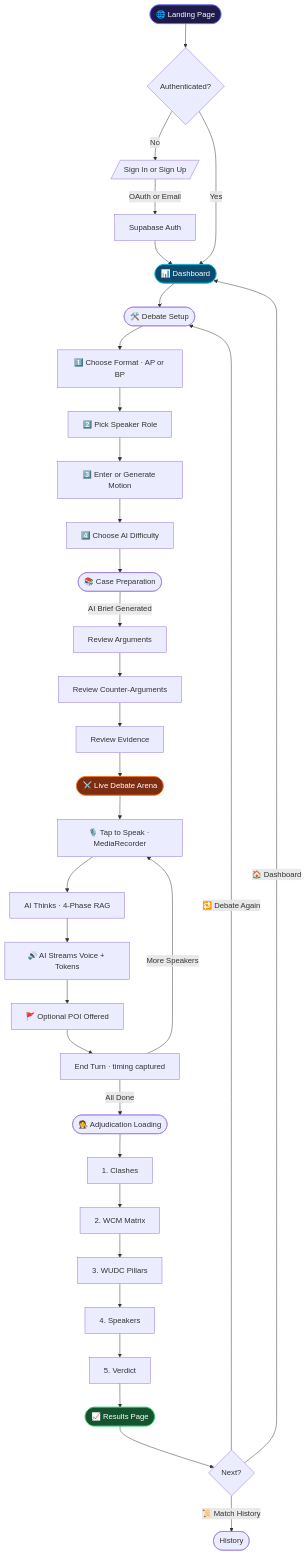
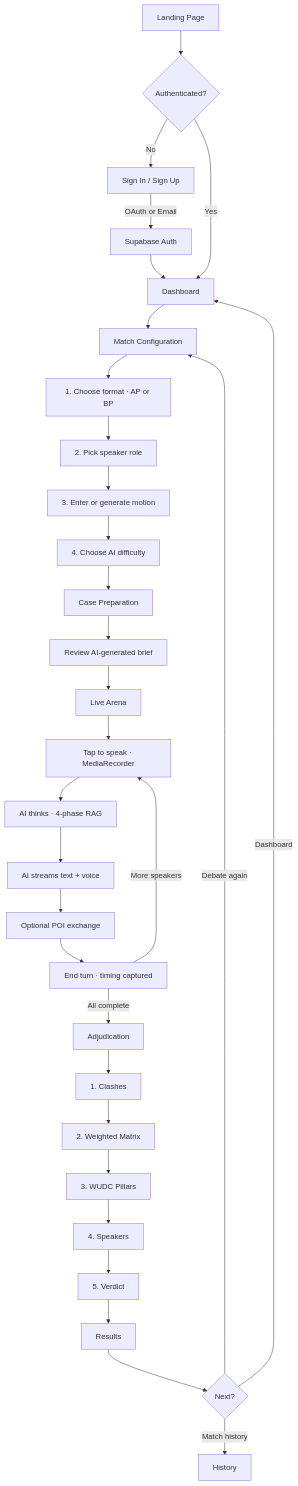
The second of 4 diagrams in README.md (Mahakisore7/Agora-Frontend), drawn with Mermaid before and after one commit. The commit also changed other lines of this file, not shown here.

````diff
--- a/README.md
+++ b/README.md
@@ -200,40 +195,33 @@
 ```mermaid
 flowchart TD
-    A([🌐 Landing Page]) --> B{Authenticated?}
-    B -->|No| C[/Sign In or Sign Up/]
+    A[Landing Page] --> B{Authenticated?}
+    B -->|No| C[Sign In / Sign Up]
     C -->|OAuth or Email| D[Supabase Auth]
-    D --> E([📊 Dashboard])
+    D --> E[Dashboard]
     B -->|Yes| E
-    E --> F([🛠️ Debate Setup])
-    F --> F1[1️⃣ Choose Format · AP or BP]
-    F1 --> F2[2️⃣ Pick Speaker Role]
-    F2 --> F3[3️⃣ Enter or Generate Motion]
-    F3 --> F4[4️⃣ Choose AI Difficulty]
-    F4 --> G([📚 Case Preparation])
-    G -->|AI Brief Generated| G1[Review Arguments]
-    G1 --> G2[Review Counter-Arguments]
-    G2 --> G3[Review Evidence]
-    G3 --> H([⚔️ Live Debate Arena])
-    H --> H1[🎙️ Tap to Speak · MediaRecorder]
-    H1 --> H2[AI Thinks · 4-Phase RAG]
-    H2 --> H3[🔊 AI Streams Voice + Tokens]
-    H3 --> H4[🚩 Optional POI Offered]
-    H4 --> H5[End Turn · timing captured]
-    H5 -->|More Speakers| H1
-    H5 -->|All Done| I([🧑‍⚖️ Adjudication Loading])
+    E --> F[Match Configuration]
+    F --> F1[1. Choose format · AP or BP]
+    F1 --> F2[2. Pick speaker role]
+    F2 --> F3[3. Enter or generate motion]
+    F3 --> F4[4. Choose AI difficulty]
+    F4 --> G[Case Preparation]
+    G --> G1[Review AI-generated brief]
+    G1 --> H[Live Arena]
+    H --> H1[Tap to speak · MediaRecorder]
+    H1 --> H2[AI thinks · 4-phase RAG]
+    H2 --> H3[AI streams text + voice]
+    H3 --> H4[Optional POI exchange]
+    H4 --> H5[End turn · timing captured]
+    H5 -->|More speakers| H1
+    H5 -->|All complete| I[Adjudication]
     I --> I1[1. Clashes]
-    I1 --> I2[2. WCM Matrix]
+    I1 --> I2[2. Weighted Matrix]
     I2 --> I3[3. WUDC Pillars]
     I3 --> I4[4. Speakers]
     I4 --> I5[5. Verdict]
-    I5 --> J([📈 Results Page])
+    I5 --> J[Results]
     J --> K{Next?}
-    K -->|🔁 Debate Again| F
-    K -->|📜 Match History| L([History])
-    K -->|🏠 Dashboard| E
-
-    style A fill:#1e1b4b,stroke:#6366f1,color:#fff
-    style E fill:#0c4a6e,stroke:#06b6d4,color:#fff
-    style H fill:#7c2d12,stroke:#f97316,color:#fff
-    style J fill:#14532d,stroke:#22c55e,color:#fff
+    K -->|Debate again| F
+    K -->|Match history| L[History]
+    K -->|Dashboard| E
 ```
````
